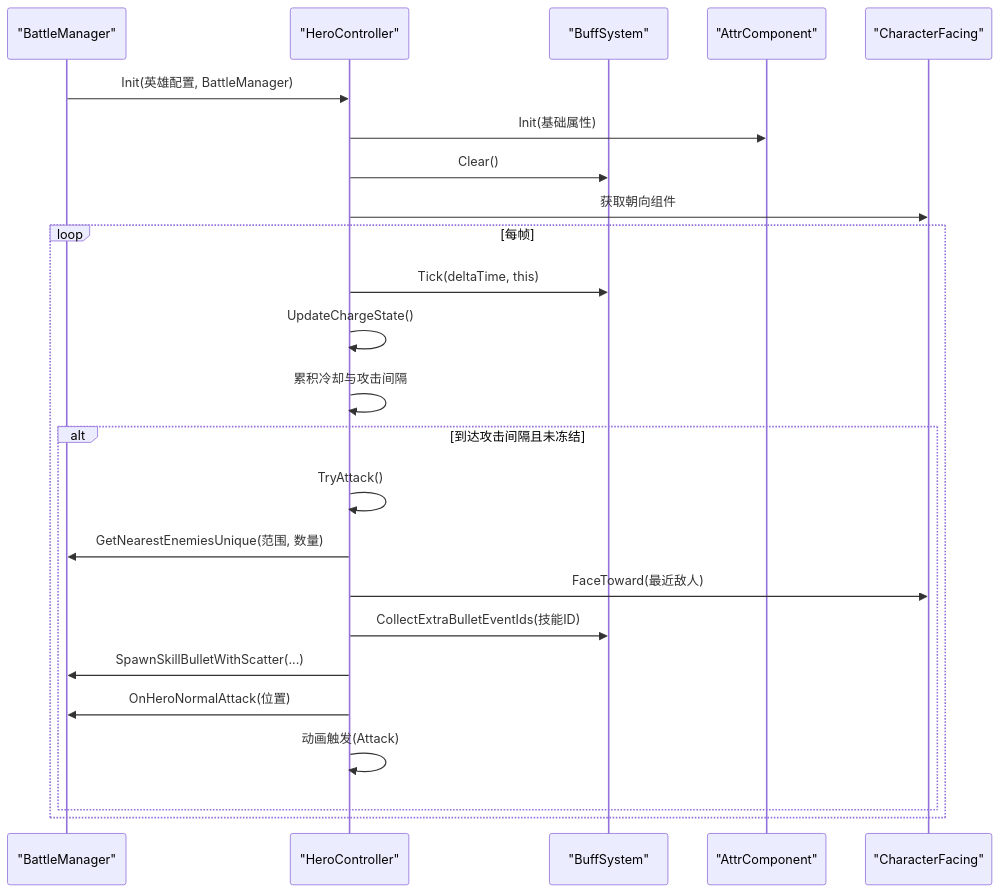
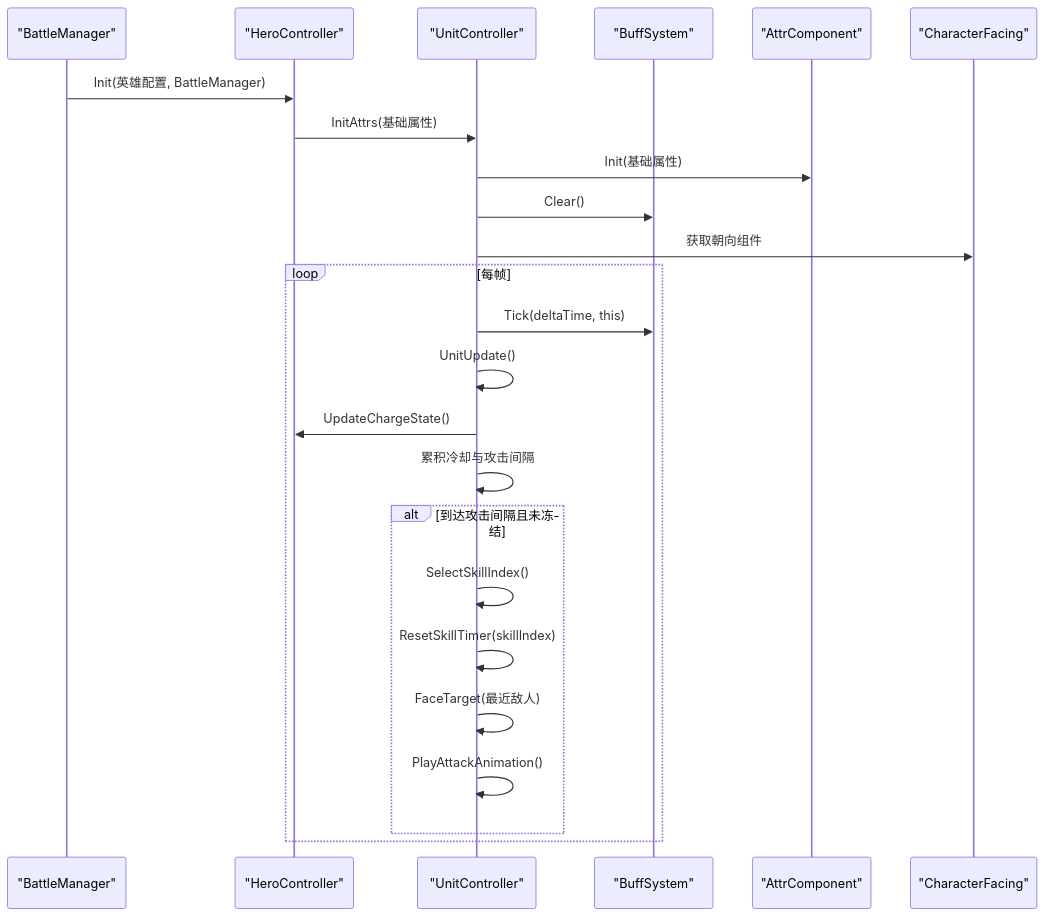
Before and after one commit to Tuusen/p1_client: the third of 7 diagrams in .qoder/repowiki/zh/content/战斗系统/角色控制器/角色控制器.md, drawn with Mermaid. The commit also changed other lines of this file and 13 other files, not shown here.

````diff
--- a/.qoder/repowiki/zh/content/战斗系统/角色控制器/角色控制器.md
+++ b/.qoder/repowiki/zh/content/战斗系统/角色控制器/角色控制器.md
@@ -206,26 +247,26 @@
 ```mermaid
 sequenceDiagram
 participant BM as "BattleManager"
 participant HC as "HeroController"
+participant UC as "UnitController"
 participant BS as "BuffSystem"
 participant AC as "AttrComponent"
 participant CF as "CharacterFacing"
 BM->>HC : Init(英雄配置, BattleManager)
-HC->>AC : Init(基础属性)
-HC->>BS : Clear()
-HC->>CF : 获取朝向组件
+HC->>UC : InitAttrs(基础属性)
+UC->>AC : Init(基础属性)
+UC->>BS : Clear()
+UC->>CF : 获取朝向组件
 loop 每帧
-HC->>BS : Tick(deltaTime, this)
-HC->>HC : UpdateChargeState()
-HC->>HC : 累积冷却与攻击间隔
+UC->>BS : Tick(deltaTime, this)
+UC->>UC : UnitUpdate()
+UC->>HC : UpdateChargeState()
+UC->>UC : 累积冷却与攻击间隔
 alt 到达攻击间隔且未冻结
-HC->>HC : TryAttack()
-HC->>BM : GetNearestEnemiesUnique(范围, 数量)
-HC->>CF : FaceToward(最近敌人)
-HC->>BS : CollectExtraBulletEventIds(技能ID)
-HC->>BM : SpawnSkillBulletWithScatter(...)
-HC->>BM : OnHeroNormalAttack(位置)
-HC->>HC : 动画触发(Attack)
+UC->>UC : SelectSkillIndex()
+UC->>UC : ResetSkillTimer(skillIndex)
+UC->>UC : FaceTarget(最近敌人)
+UC->>UC : PlayAttackAnimation()
 end
 end
 ```
````
